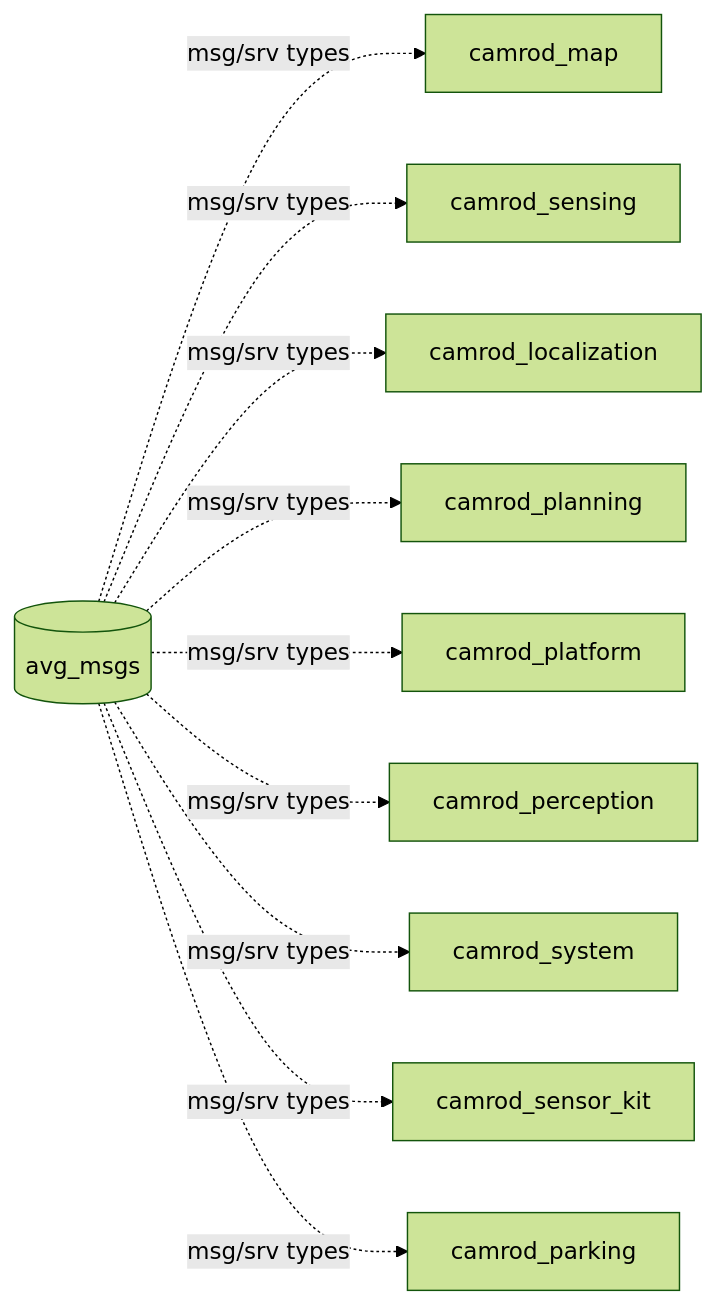
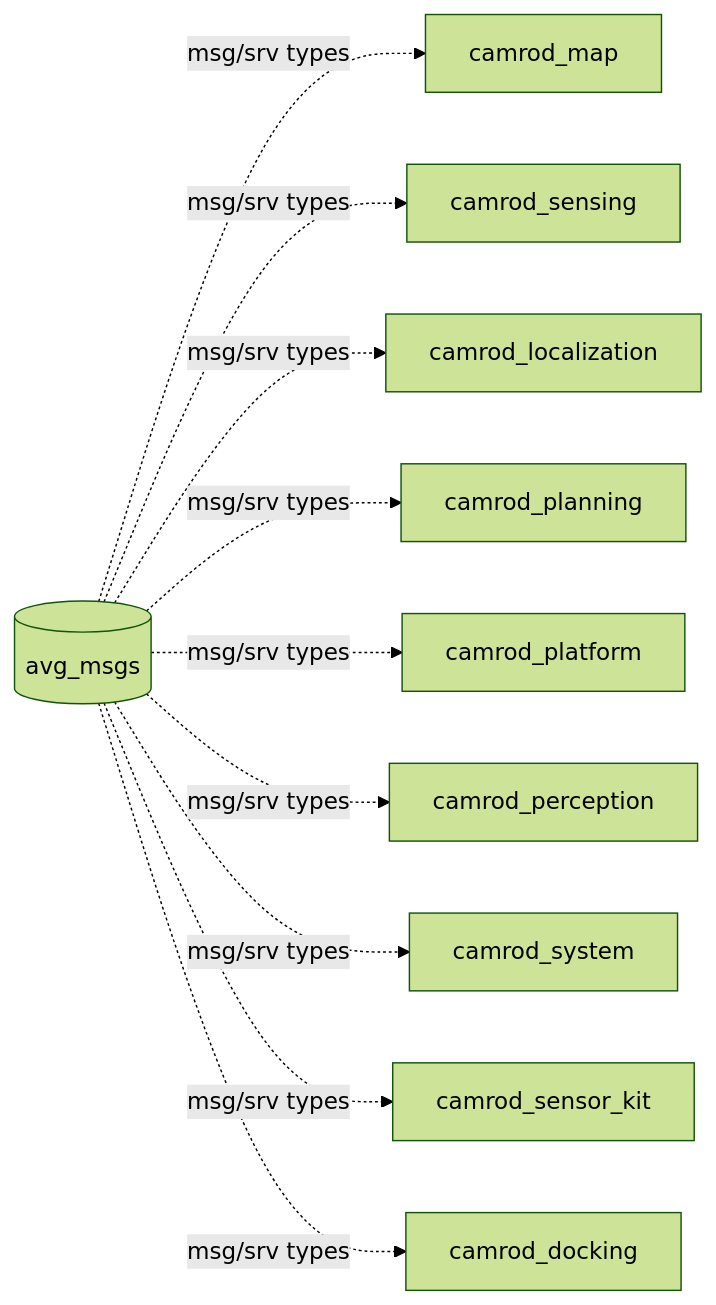
One commit to hwanhonglee/CAMROD changed the diagram in camrod_common/README.md. Above: the diagram before and after it, drawn with Mermaid (forest theme). The commit also changed 12 other files, not shown here.

First line of the commit message:
docs(HH_260528): rename camrod_parking → camrod_docking across all READMEs

````diff
--- a/camrod_common/README.md
+++ b/camrod_common/README.md
@@ -7,12 +7,12 @@
 ```mermaid
 graph LR
   AVG[(avg_msgs)] -. msg/srv types .-> MAP[camrod_map]
   AVG -. msg/srv types .-> SENS[camrod_sensing]
   AVG -. msg/srv types .-> LOC[camrod_localization]
   AVG -. msg/srv types .-> PLAN[camrod_planning]
   AVG -. msg/srv types .-> PLAT[camrod_platform]
   AVG -. msg/srv types .-> PER[camrod_perception]
   AVG -. msg/srv types .-> SYS[camrod_system]
   AVG -. msg/srv types .-> SKIT[camrod_sensor_kit]
-  AVG -. msg/srv types .-> PARK[camrod_parking]
+  AVG -. msg/srv types .-> DOCK[camrod_docking]
 ```
````
